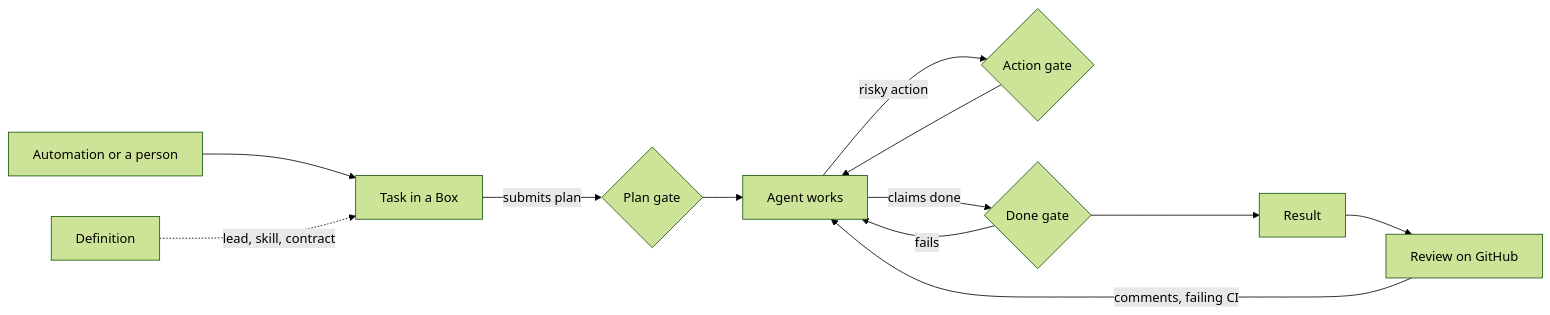
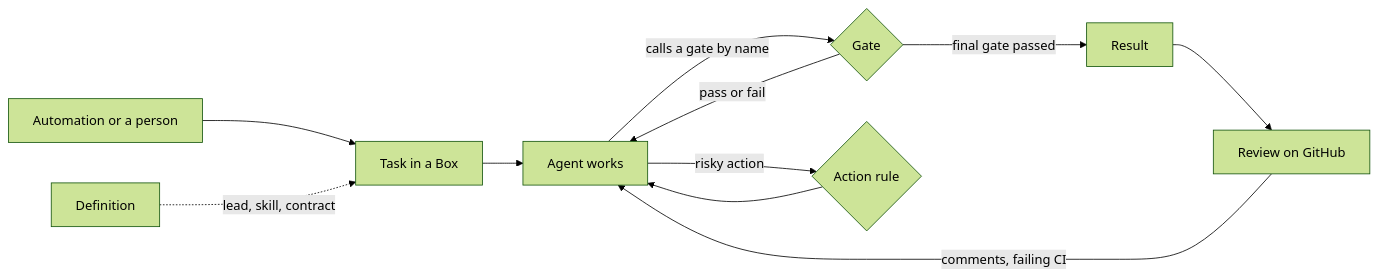
One commit to IniZio/moor changed the second of 4 diagrams in docs/specs/position.md. Above: the diagram before and after it, drawn with Mermaid (forest theme). The commit also changed other lines of this file, not shown here.

````diff
--- a/docs/specs/position.md
+++ b/docs/specs/position.md
@@ -206,14 +210,13 @@
 ```mermaid
 flowchart LR
 	AU[Automation or a person] --> T[Task in a Box]
 	D[Definition] -.->|lead, skill, contract| T
-	T -->|submits plan| G1{Plan gate}
-	G1 --> W[Agent works]
-	W -->|risky action| G3{Action gate}
+	T --> W[Agent works]
+	W -->|calls a gate by name| G{Gate}
+	G -->|pass or fail| W
+	W -->|risky action| G3{Action rule}
 	G3 --> W
-	W -->|claims done| G2{Done gate}
-	G2 -->|fails| W
-	G2 --> RS[Result]
+	G -->|final gate passed| RS[Result]
 	RS --> RV[Review on GitHub]
 	RV -->|comments, failing CI| W
 ```
````
